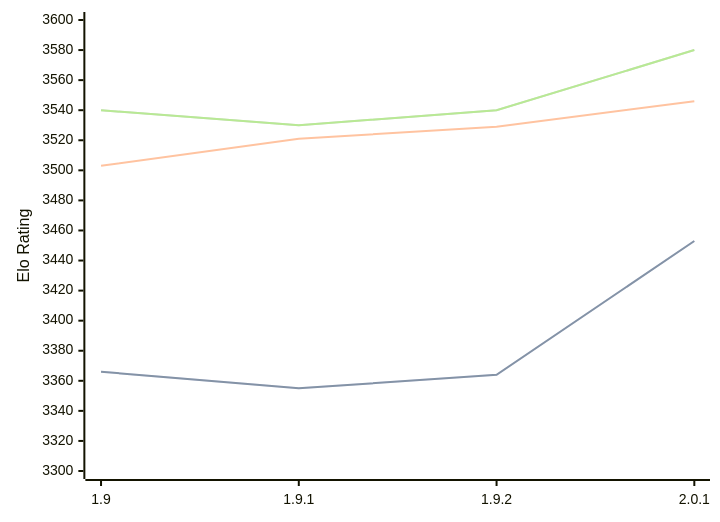
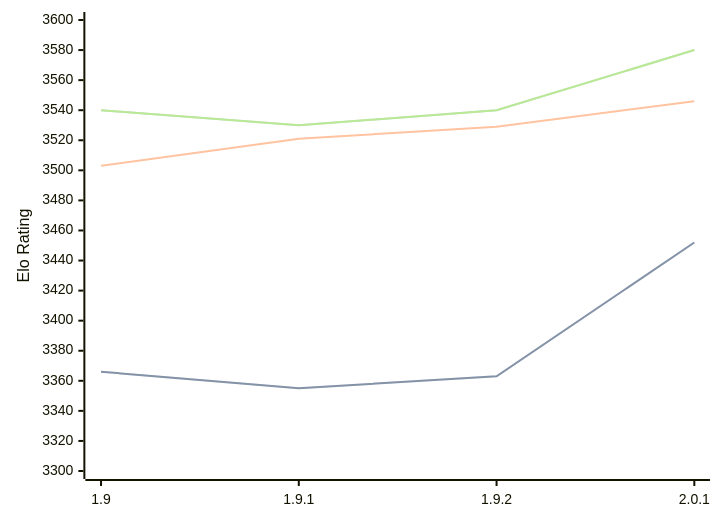
One commit to computer-chess-index/cci changed the diagram in engines/Pawnocchio.md. Above: the diagram before and after it, drawn with Mermaid. The commit also changed other lines of this file, not shown here.

````diff
--- a/engines/Pawnocchio.md
+++ b/engines/Pawnocchio.md
@@ -36,11 +36,11 @@
 ```mermaid
 %%{init: {"theme":"base","themeVariables":{"seriesColors:['#a3a3a3','#222221','#faa371']}}}%%
 xychart-beta
   x-axis ["1.9", "1.9.1", "1.9.2", "2.0.1"]
   y-axis "Elo Rating" 3300 --> 3600
-  line "STC (8.0+0.08s)" [3366, 3355, 3364, 3453]
-  line "STC (8.0+0.08s)" [3366, 3355, 3364, 3453]
+  line "STC (8.0+0.08s)" [3366, 3355, 3363, 3452]
+  line "STC (8.0+0.08s)" [3366, 3355, 3363, 3452]
   line "LTC (60.0+0.60s)" [3503, 3521, 3529, 3546]
   line "VLTC (2m24s+1.12s)" [3540, 3530, 3540, 3580]
   line "VLTC (2m24s+1.12s)" [3540, 3530, 3540, 3580]
 ```
````
